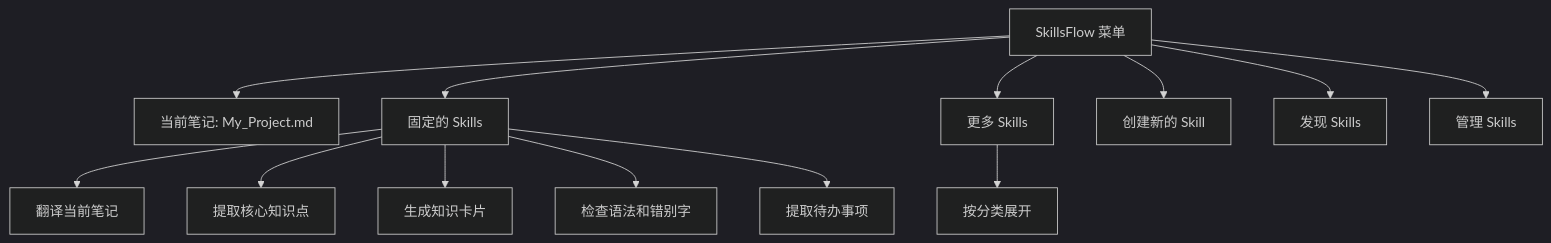
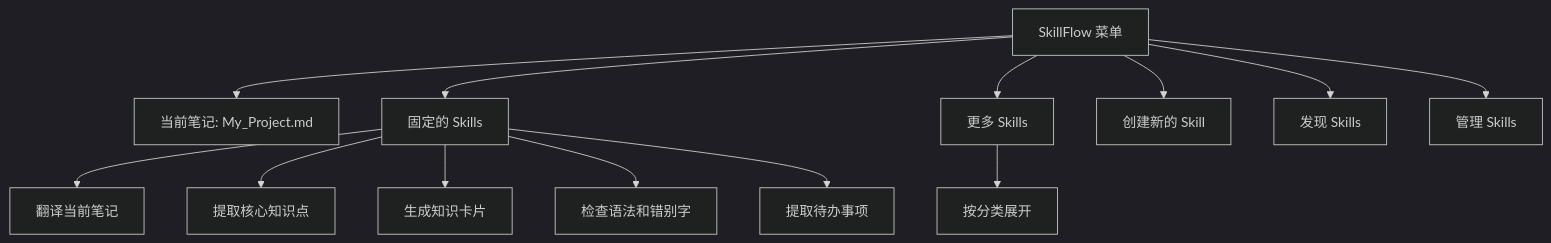
One commit to tcyeee/obsidian-skillflow changed the second of 7 diagrams in TODO.md. Above: the diagram before and after it, drawn with Mermaid (dark theme). The commit also changed other lines of this file and 10 other files, not shown here.

First line of the commit message:
Scaffold SkillFlow Obsidian plugin and rename from SkillsFlow

````diff
--- a/TODO.md
+++ b/TODO.md
@@ -189,15 +189,15 @@
 ```mermaid
 flowchart TD
-    A[SkillsFlow 菜单] --> B[当前笔记: My_Project.md]
+    A[SkillFlow 菜单] --> B[当前笔记: My_Project.md]
     A --> C[固定的 Skills]
     C --> C1[翻译当前笔记]
     C --> C2[提取核心知识点]
     C --> C3[生成知识卡片]
     C --> C4[检查语法和错别字]
     C --> C5[提取待办事项]
     A --> D[更多 Skills]
     D --> D1[按分类展开]
     A --> E[创建新的 Skill]
     A --> F[发现 Skills]
     A --> G[管理 Skills]
 ```
````
